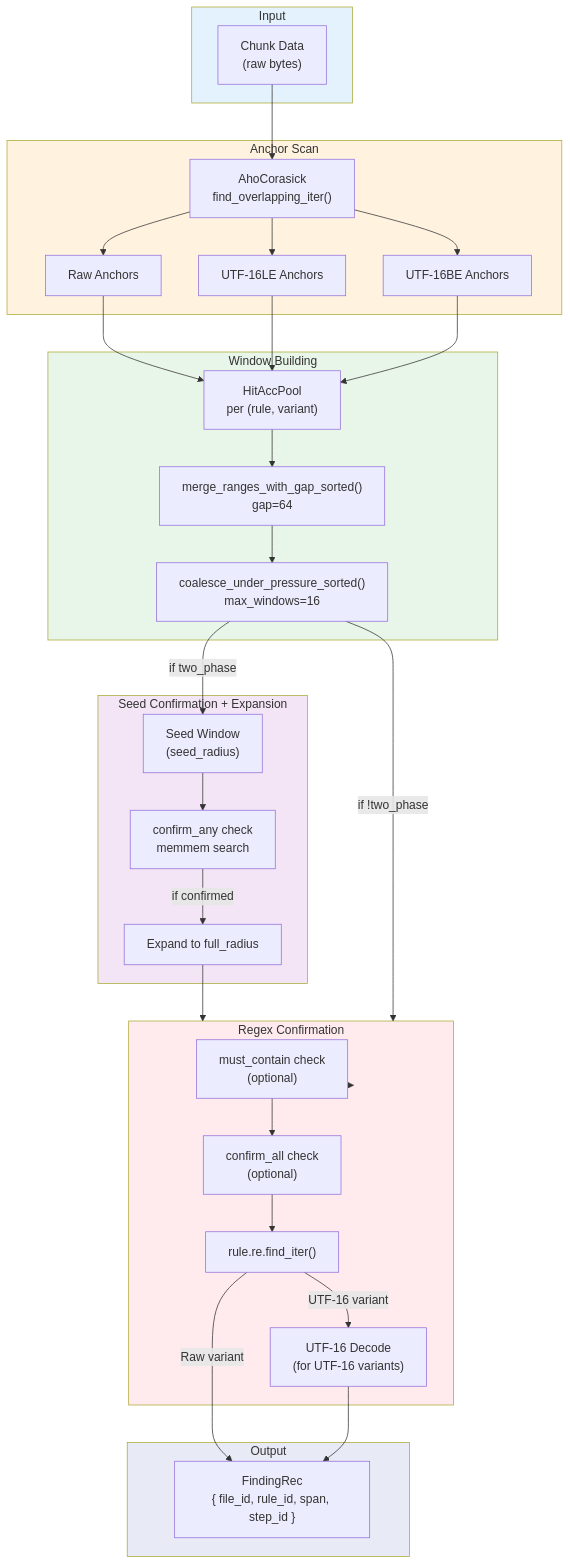
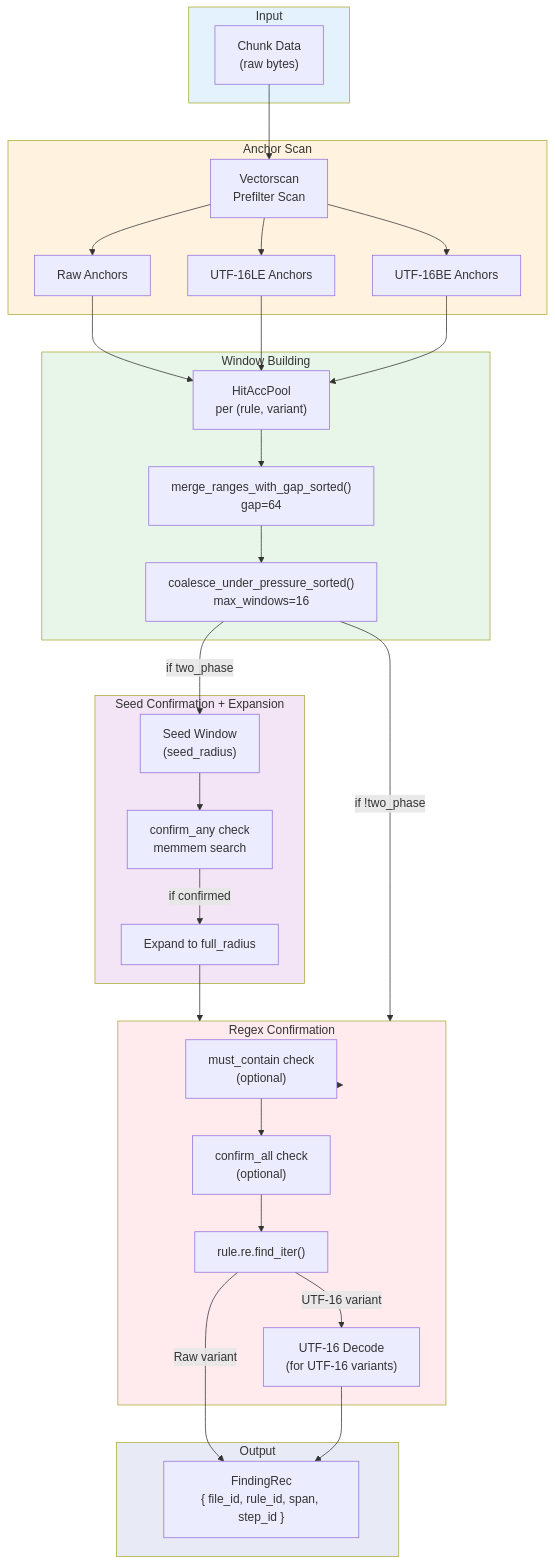
The first of 4 diagrams in docs/detection-engine.md (ahrav/scratch-scanner-rs), drawn with Mermaid before and after one commit. The commit also changed other lines of this file and 19 other files, not shown here.

First line of the commit message:
Refactor: Replace AhoCorasick with Vectorscan for anchor matching

````diff
--- a/docs/detection-engine.md
+++ b/docs/detection-engine.md
@@ -5,70 +5,70 @@
 ```mermaid
 flowchart TB
     subgraph Input["Input"]
         Chunk["Chunk Data<br/>(raw bytes)"]
     end
 
     subgraph AnchorScan["Anchor Scan"]
-        AC["AhoCorasick<br/>find_overlapping_iter()"]
+        VS["Vectorscan<br/>Prefilter Scan"]
         Raw["Raw Anchors"]
         U16LE["UTF-16LE Anchors"]
         U16BE["UTF-16BE Anchors"]
     end
 
     subgraph WindowBuild["Window Building"]
         HitAcc["HitAccPool<br/>per (rule, variant)"]
         Merge["merge_ranges_with_gap_sorted()<br/>gap=64"]
         Coalesce["coalesce_under_pressure_sorted()<br/>max_windows=16"]
     end
 
     subgraph SeedConfirm["Seed Confirmation + Expansion"]
         SeedWin["Seed Window<br/>(seed_radius)"]
         Confirm["confirm_any check<br/>memmem search"]
         Expand["Expand to full_radius"]
     end
 
     subgraph RegexConfirm["Regex Confirmation"]
         MustContain["must_contain check<br/>(optional)"]
         ConfirmAll["confirm_all check<br/>(optional)"]
         Regex["rule.re.find_iter()"]
         UTF16Dec["UTF-16 Decode<br/>(for UTF-16 variants)"]
     end
 
     subgraph Output["Output"]
         FindingRec["FindingRec<br/>{ file_id, rule_id, span, step_id }"]
     end
 
-    Chunk --> AC
-    AC --> Raw
-    AC --> U16LE
-    AC --> U16BE
+    Chunk --> VS
+    VS --> Raw
+    VS --> U16LE
+    VS --> U16BE
 
     Raw --> HitAcc
     U16LE --> HitAcc
     U16BE --> HitAcc
 
     HitAcc --> Merge
     Merge --> Coalesce
 
     Coalesce --> |"if two_phase"| SeedWin
     SeedWin --> Confirm
     Confirm --> |"if confirmed"| Expand
     Expand --> RegexConfirm
 
     Coalesce --> |"if !two_phase"| RegexConfirm
 
     RegexConfirm --> MustContain
     MustContain --> ConfirmAll
     ConfirmAll --> Regex
     Regex --> |"Raw variant"| FindingRec
 
     Regex --> |"UTF-16 variant"| UTF16Dec
     UTF16Dec --> FindingRec
 
     style Input fill:#e3f2fd
     style AnchorScan fill:#fff3e0
     style WindowBuild fill:#e8f5e9
     style SeedConfirm fill:#f3e5f5
     style RegexConfirm fill:#ffebee
     style Output fill:#e8eaf6
 ```
````
